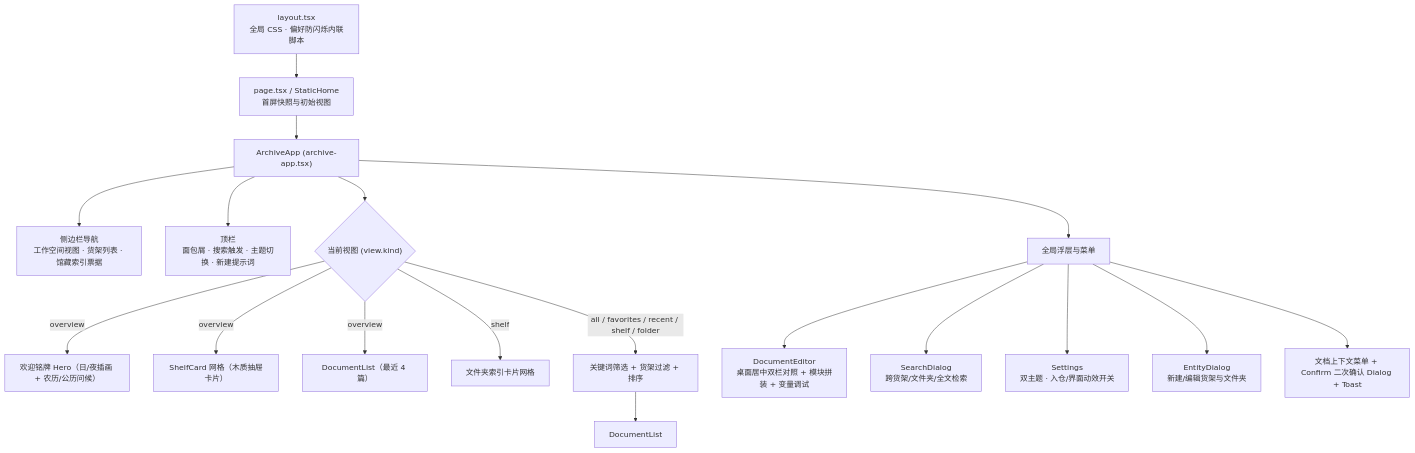
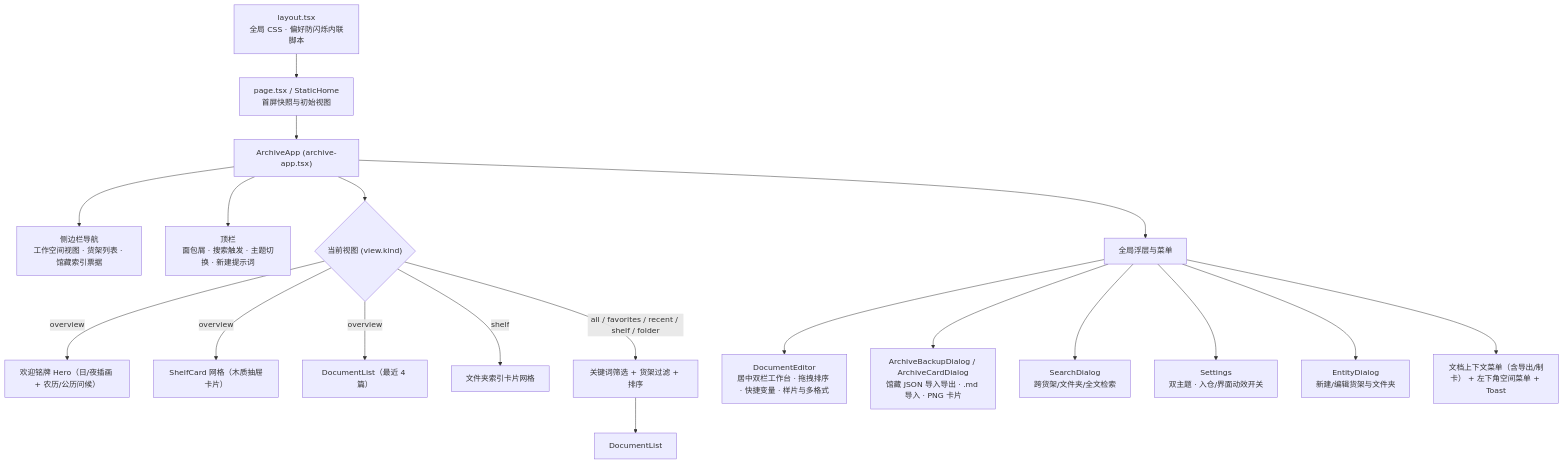
One commit to muge-heng/cijing-prompt-archive changed the third of 3 diagrams in docs/ARCHITECTURE.md. Above: the diagram before and after it, drawn with Mermaid. The commit also changed other lines of this file, not shown here.

Commit message:
docs: update architecture guide for v0.4.0

````diff
--- a/docs/ARCHITECTURE.md
+++ b/docs/ARCHITECTURE.md
@@ -185,22 +193,23 @@
 ```mermaid
 flowchart TD
     RootLayout["layout.tsx\n全局 CSS · 偏好防闪烁内联脚本"] --> HomePage["page.tsx / StaticHome\n首屏快照与初始视图"]
     HomePage --> ArchiveApp["ArchiveApp (archive-app.tsx)"]
 
     ArchiveApp --> Sidebar["侧边栏导航\n工作空间视图 · 货架列表 · 馆藏索引票据"]
     ArchiveApp --> Topbar["顶栏\n面包屑 · 搜索触发 · 主题切换 · 新建提示词"]
     ArchiveApp --> MainView{"当前视图 (view.kind)"}
 
     MainView -- "overview" --> WelcomeHero["欢迎铭牌 Hero（日/夜插画 + 农历/公历问候）"]
     MainView -- "overview" --> ShelfGrid["ShelfCard 网格（木质抽屉卡片）"]
     MainView -- "overview" --> RecentDocs["DocumentList（最近 4 篇）"]
     MainView -- "shelf" --> FolderGrid["文件夹索引卡片网格"]
     MainView -- "all / favorites / recent / shelf / folder" --> FilterBar["关键词筛选 + 货架过滤 + 排序"] --> FullList["DocumentList"]
 
     ArchiveApp --> Modals["全局浮层与菜单"]
-    Modals --> DocumentEditor["DocumentEditor\n桌面居中双栏对照 + 模块拼装 + 变量调试"]
+    Modals --> DocumentEditor["DocumentEditor\n居中双栏工作台 · 拖拽排序 · 快捷变量 · 样片与多格式"]
+    Modals --> BackupCard["ArchiveBackupDialog / ArchiveCardDialog\n馆藏 JSON 导入导出 · .md 导入 · PNG 卡片"]
     Modals --> SearchDialog["SearchDialog\n跨货架/文件夹/全文检索"]
     Modals --> Settings["Settings\n双主题 · 入仓/界面动效开关"]
     Modals --> EntityDialog["EntityDialog\n新建/编辑货架与文件夹"]
-    Modals --> ContextMenu["文档上下文菜单 + Confirm 二次确认 Dialog + Toast"]
+    Modals --> ContextMenu["文档上下文菜单（含导出/制卡） + 左下角空间菜单 + Toast"]
 ```
````
